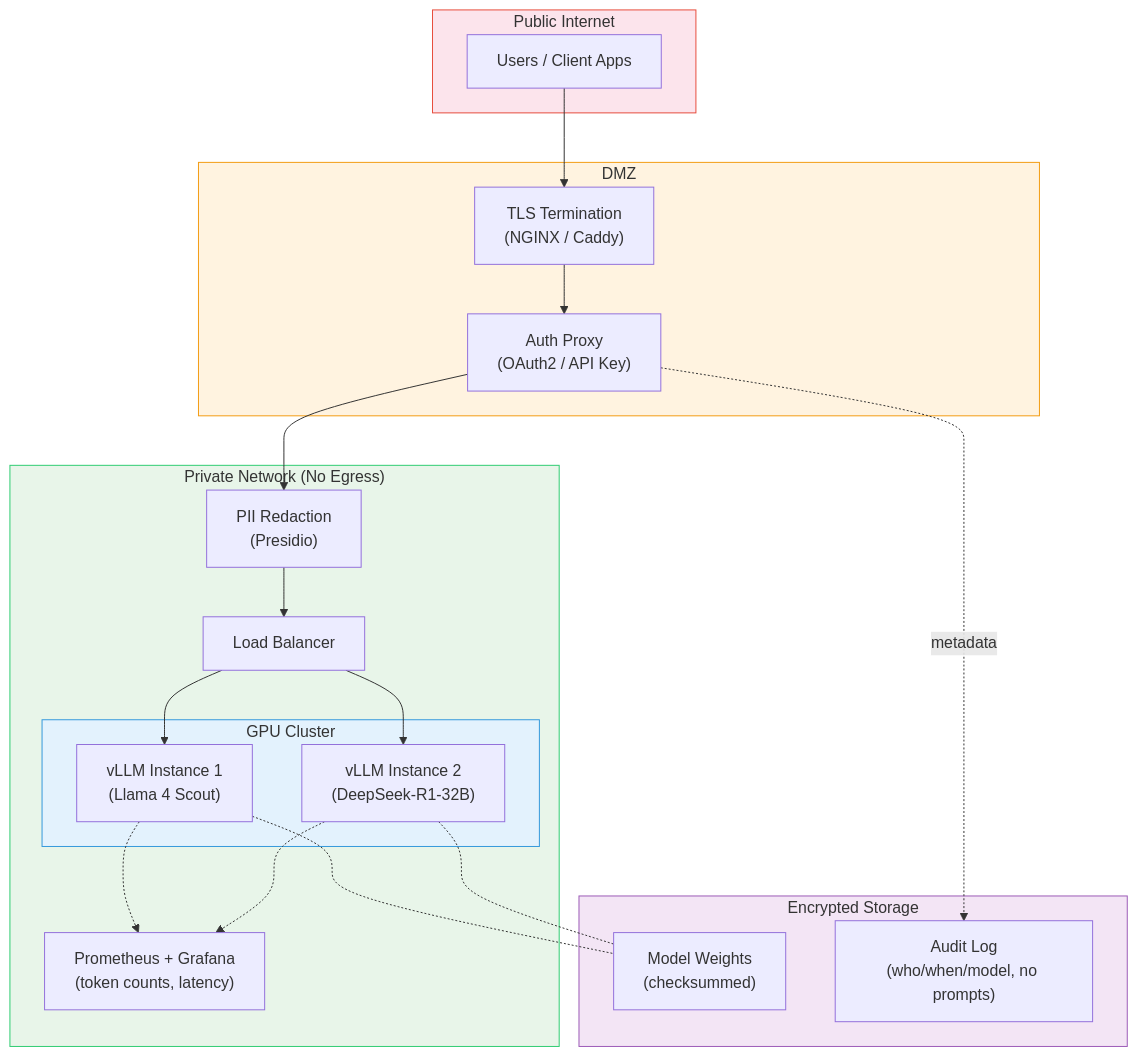
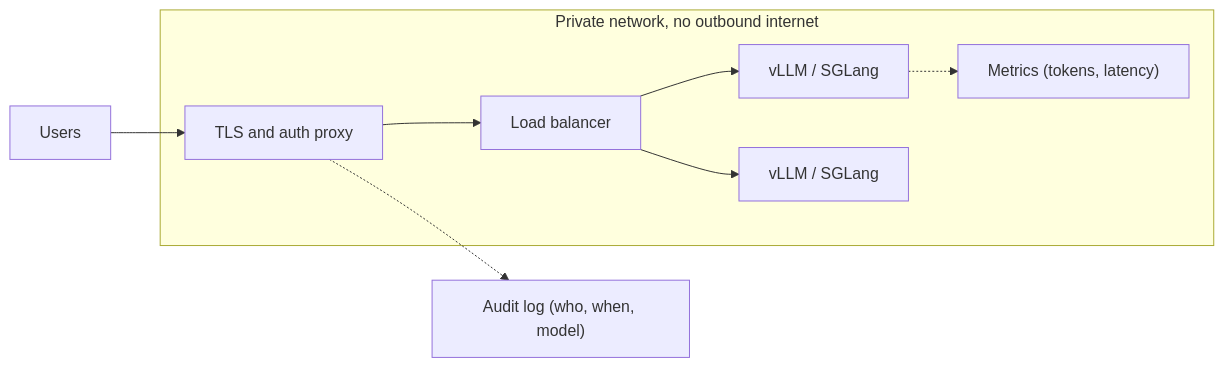
Before and after one commit to abubakarsiddik31/zdr: the second of 4 diagrams in docs/architectures.md, drawn with Mermaid. The commit also changed other lines of this file and 23 other files, not shown here.

````diff
--- a/docs/architectures.md
+++ b/docs/architectures.md
@@ -49,44 +33,11 @@
 ```mermaid
-flowchart TB
-    subgraph Internet["Public Internet"]
-        Users["Users / Client Apps"]
+flowchart LR
+    Users["Users"] --> TLS["TLS and auth proxy"]
+    subgraph Private["Private network, no outbound internet"]
+        TLS --> LB["Load balancer"]
+        LB --> V1["vLLM / SGLang"]
+        LB --> V2["vLLM / SGLang"]
+        V1 -.-> Metrics["Metrics (tokens, latency)"]
     end
-
-    subgraph DMZ["DMZ"]
-        TLS["TLS Termination\n(NGINX / Caddy)"]
-        Auth["Auth Proxy\n(OAuth2 / API Key)"]
-    end
-
-    subgraph PrivateNet["Private Network (No Egress)"]
-        DLP["PII Redaction\n(Presidio)"]
-        LB["Load Balancer"]
-        subgraph GPUCluster["GPU Cluster"]
-            V1["vLLM Instance 1\n(Llama 4 Scout)"]
-            V2["vLLM Instance 2\n(DeepSeek-R1-32B)"]
-        end
-        Metrics["Prometheus + Grafana\n(token counts, latency)"]
-    end
-
-    subgraph Storage["Encrypted Storage"]
-        Weights["Model Weights\n(checksummed)"]
-        AuditLog["Audit Log\n(who/when/model, no prompts)"]
-    end
-
-    Users --> TLS
-    TLS --> Auth
-    Auth --> DLP
-    DLP --> LB
-    LB --> V1
-    LB --> V2
-    V1 -.-> Metrics
-    V2 -.-> Metrics
-    V1 -.- Weights
-    V2 -.- Weights
-    Auth -.->|metadata| AuditLog
-
-    style Internet fill:#fce4ec,stroke:#e74c3c
-    style DMZ fill:#fff3e0,stroke:#f39c12
-    style PrivateNet fill:#e8f5e9,stroke:#2ecc71
-    style GPUCluster fill:#e3f2fd,stroke:#3498db
-    style Storage fill:#f3e5f5,stroke:#9b59b6
+    TLS -.-> Audit["Audit log (who, when, model)"]
 ```
````
